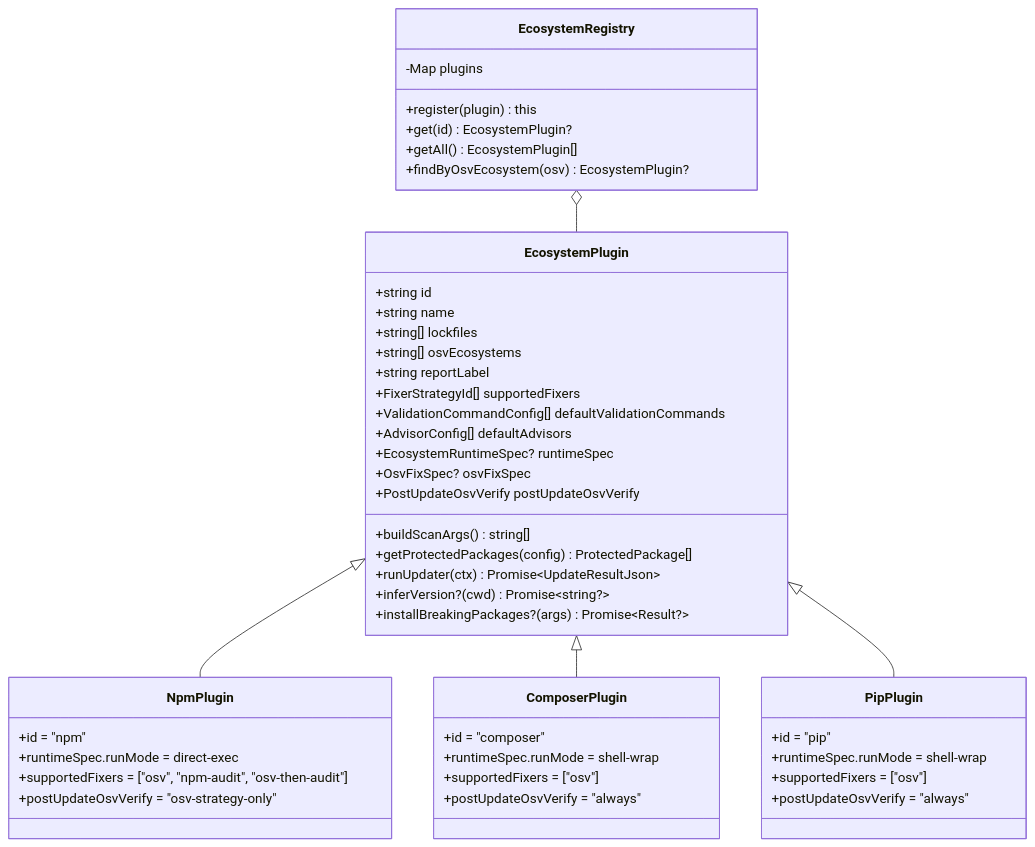
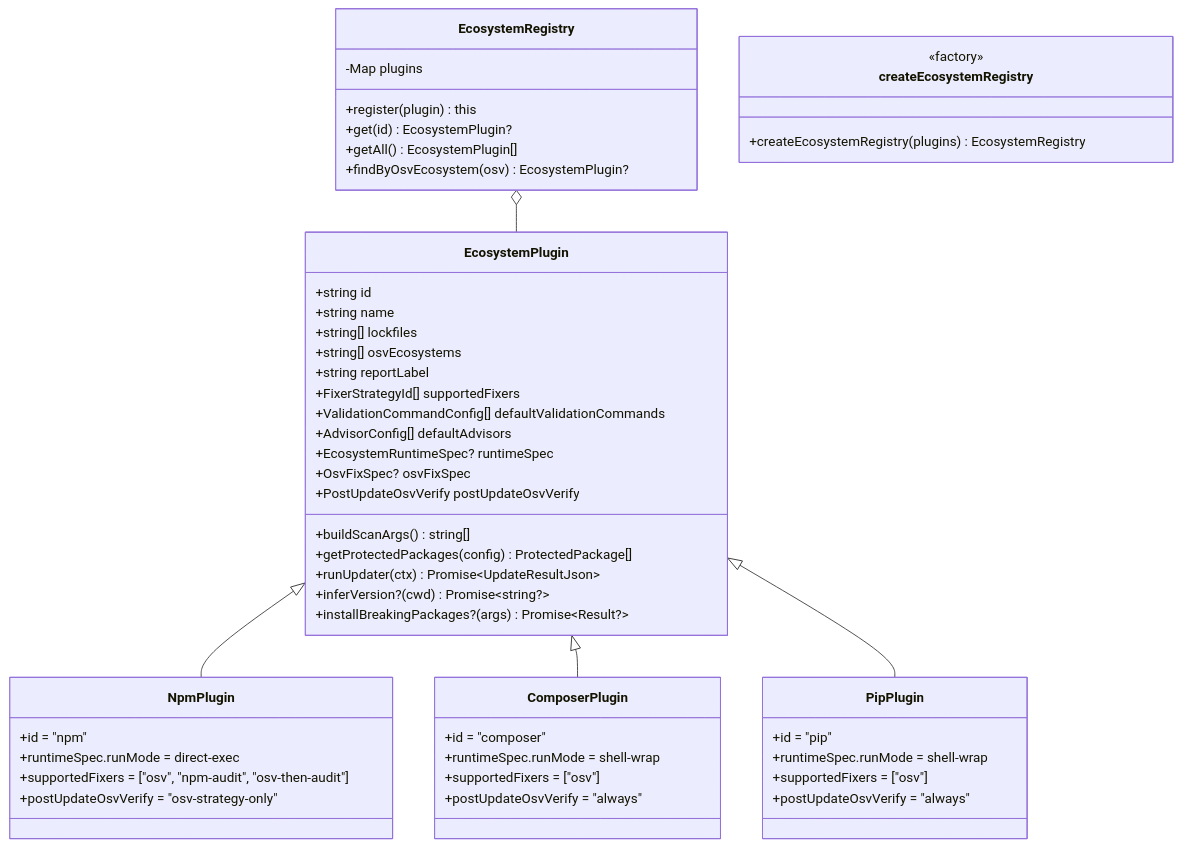
Before and after one commit to juanvictorleite/deep-health: the diagram in docs/architecture/plugin-system.md, drawn with Mermaid. The commit also changed other lines of this file and 54 other files, not shown here.

First line of the commit message:
refactor: execute architecture round per ADRs 0006-0010

````diff
--- a/docs/architecture/plugin-system.md
+++ b/docs/architecture/plugin-system.md
@@ -12,55 +12,60 @@
 ```mermaid
 classDiagram
     class EcosystemPlugin {
         +string id
         +string name
         +string[] lockfiles
         +string[] osvEcosystems
         +string reportLabel
         +FixerStrategyId[] supportedFixers
         +ValidationCommandConfig[] defaultValidationCommands
         +AdvisorConfig[] defaultAdvisors
         +EcosystemRuntimeSpec? runtimeSpec
         +OsvFixSpec? osvFixSpec
         +PostUpdateOsvVerify postUpdateOsvVerify
         +buildScanArgs() string[]
         +getProtectedPackages(config) ProtectedPackage[]
         +runUpdater(ctx) Promise~UpdateResultJson~
         +inferVersion?(cwd) Promise~string?~
         +installBreakingPackages?(args) Promise~Result?~
     }
 
     class NpmPlugin {
         +id = "npm"
         +runtimeSpec.runMode = direct-exec
         +supportedFixers = ["osv", "npm-audit", "osv-then-audit"]
         +postUpdateOsvVerify = "osv-strategy-only"
     }
 
     class ComposerPlugin {
         +id = "composer"
         +runtimeSpec.runMode = shell-wrap
         +supportedFixers = ["osv"]
         +postUpdateOsvVerify = "always"
     }
 
     class PipPlugin {
         +id = "pip"
         +runtimeSpec.runMode = shell-wrap
         +supportedFixers = ["osv"]
         +postUpdateOsvVerify = "always"
     }
 
     class EcosystemRegistry {
         -Map plugins
         +register(plugin) this
         +get(id) EcosystemPlugin?
         +getAll() EcosystemPlugin[]
         +findByOsvEcosystem(osv) EcosystemPlugin?
     }
 
+    class createEcosystemRegistry {
+        <<factory>>
+        +createEcosystemRegistry(plugins) EcosystemRegistry
+    }
+
     EcosystemPlugin <|-- NpmPlugin
     EcosystemPlugin <|-- ComposerPlugin
     EcosystemPlugin <|-- PipPlugin
     EcosystemRegistry o-- EcosystemPlugin
 ```
````
